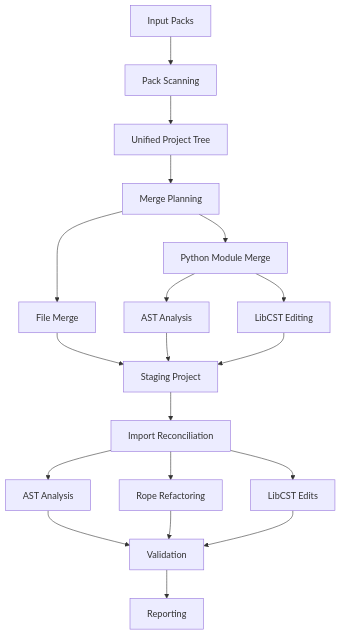
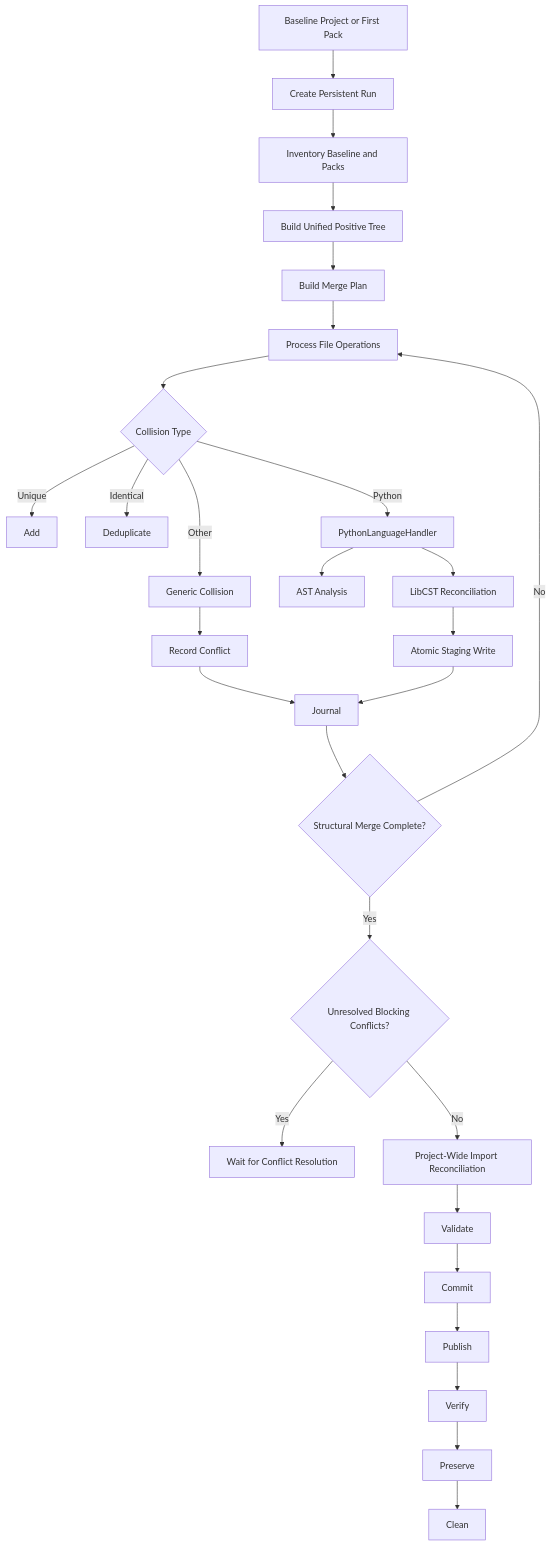
One commit to rmackinnon/bightsplice changed the second of 5 diagrams in AGENTS.md. Above: the diagram before and after it, drawn with Mermaid. The commit also changed other lines of this file and 5 other files, not shown here.

````diff
--- a/AGENTS.md
+++ b/AGENTS.md
@@ -123,28 +118,38 @@
 ```mermaid
 flowchart TD
-    A[Input Packs] --> B[Pack Scanning]
-    B --> C[Unified Project Tree]
-    C --> D[Merge Planning]
+    A[Baseline Project or First Pack] --> B[Create Persistent Run]
+    B --> C[Inventory Baseline and Packs]
+    C --> D[Build Unified Positive Tree]
+    D --> E[Build Merge Plan]
 
-    D --> E[File Merge]
-    D --> F[Python Module Merge]
+    E --> F[Process File Operations]
+    F --> G{Collision Type}
 
-    F --> G[AST Analysis]
-    F --> H[LibCST Editing]
+    G -->|Unique| H[Add]
+    G -->|Identical| I[Deduplicate]
+    G -->|Python| J[PythonLanguageHandler]
+    G -->|Other| K[Generic Collision]
 
-    E --> I[Staging Project]
-    G --> I
-    H --> I
+    J --> L[AST Analysis]
+    J --> M[LibCST Reconciliation]
 
-    I --> J[Import Reconciliation]
+    K --> N[Record Conflict]
+    M --> O[Atomic Staging Write]
 
-    J --> K[AST Analysis]
-    J --> L[Rope Refactoring]
-    J --> M[LibCST Edits]
+    N --> P[Journal]
+    O --> P
 
-    K --> N[Validation]
-    L --> N
-    M --> N
+    P --> Q{Structural Merge Complete?}
+    Q -->|No| F
+    Q -->|Yes| R{Unresolved Blocking Conflicts?}
 
-    N --> O[Reporting]
+    R -->|Yes| S[Wait for Conflict Resolution]
+    R -->|No| T[Project-Wide Import Reconciliation]
+
+    T --> U[Validate]
+    U --> V[Commit]
+    V --> W[Publish]
+    W --> X[Verify]
+    X --> Y[Preserve]
+    Y --> Z[Clean]
 ```
````
